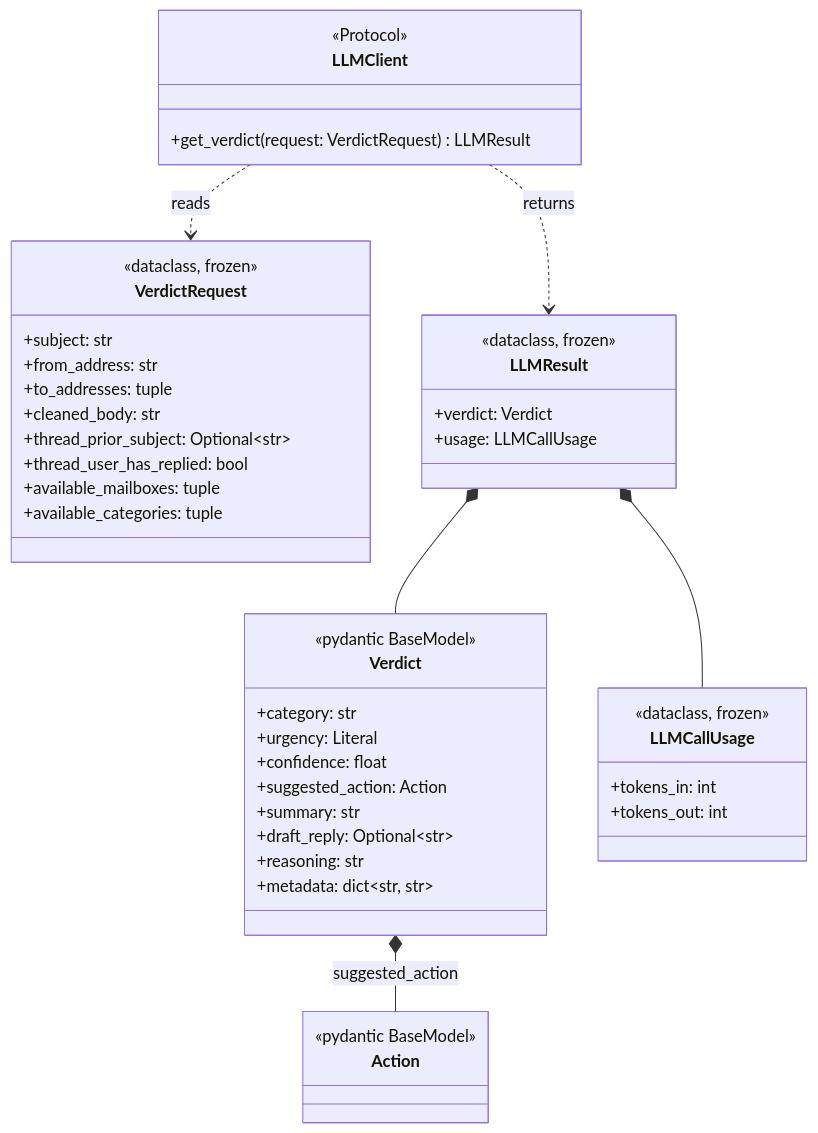
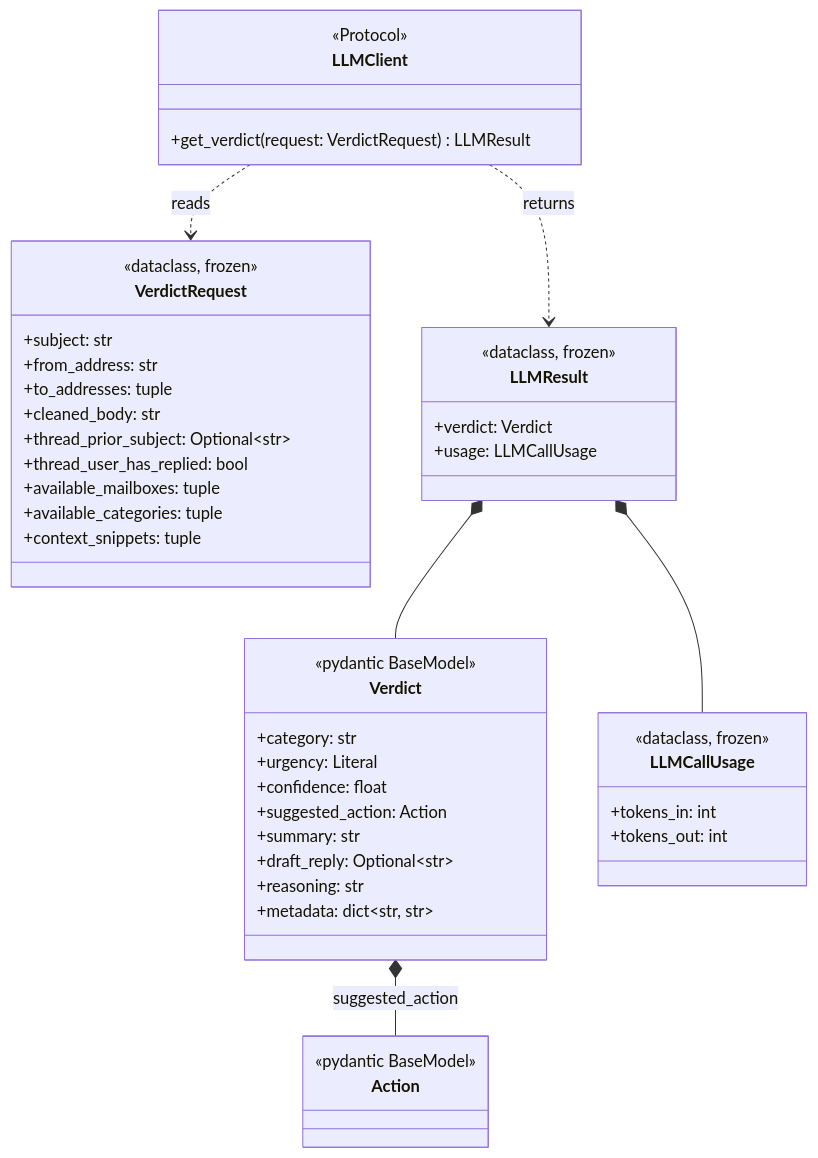
Diagram 14 of 42 in docs/DESIGN.md (Stainless5166/friendly-octo-spork), drawn with Mermaid before and after one commit. The commit also changed other lines of this file and 2 other files, not shown here.

First line of the commit message:
docs: sync ContextProvider — read-only knowledgebase interface (item 3)

````diff
--- a/docs/DESIGN.md
+++ b/docs/DESIGN.md
@@ -1209,46 +1224,47 @@
 ```mermaid
 classDiagram
     class Action { <<pydantic BaseModel>> }
     class VerdictRequest {
         <<dataclass, frozen>>
         +subject: str
         +from_address: str
         +to_addresses: tuple
         +cleaned_body: str
         +thread_prior_subject: Optional~str~
         +thread_user_has_replied: bool
         +available_mailboxes: tuple
         +available_categories: tuple
+        +context_snippets: tuple
     }
     class Verdict {
         <<pydantic BaseModel>>
         +category: str
         +urgency: Literal
         +confidence: float
         +suggested_action: Action
         +summary: str
         +draft_reply: Optional~str~
         +reasoning: str
         +metadata: dict~str, str~
     }
     class LLMCallUsage {
         <<dataclass, frozen>>
         +tokens_in: int
         +tokens_out: int
     }
     class LLMResult {
         <<dataclass, frozen>>
         +verdict: Verdict
         +usage: LLMCallUsage
     }
     class LLMClient {
         <<Protocol>>
         +get_verdict(request: VerdictRequest) LLMResult
     }
 
     Verdict *-- Action : suggested_action
     LLMClient ..> VerdictRequest : reads
     LLMResult *-- Verdict
     LLMResult *-- LLMCallUsage
     LLMClient ..> LLMResult : returns
 ```
````
